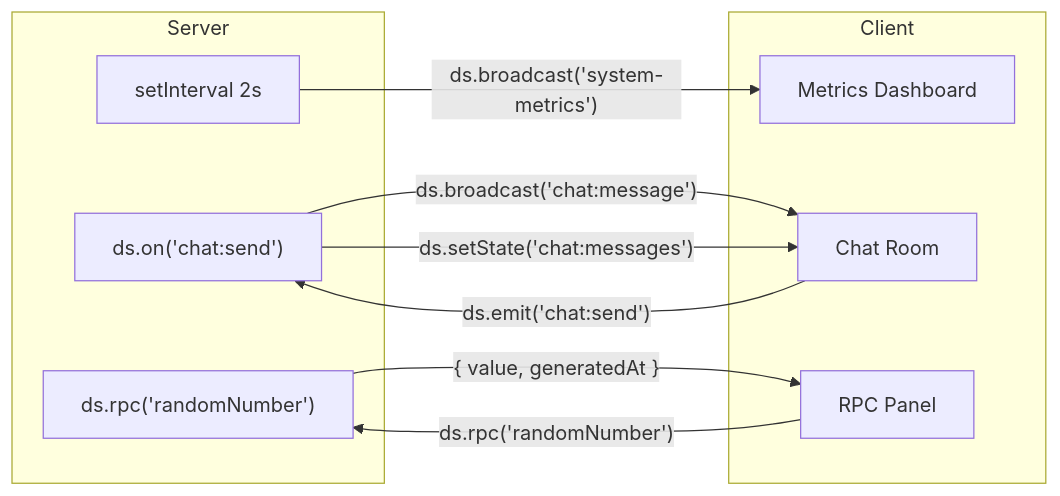
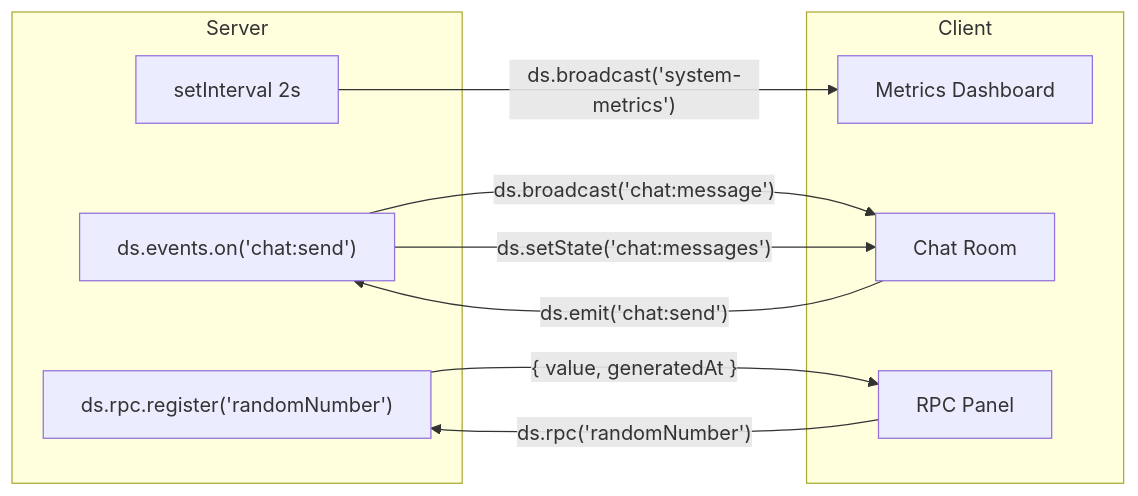
One commit to mayanklahiri/datasole changed the first of 4 diagrams in docs/demos.md. Above: the diagram before and after it, drawn with Mermaid. The commit also changed other lines of this file and 124 other files, not shown here.

````diff
--- a/docs/demos.md
+++ b/docs/demos.md
@@ -25,19 +25,19 @@
 ```mermaid
 flowchart LR
   subgraph server [Server]
     metrics["setInterval 2s"]
-    chatHandler["ds.on('chat:send')"]
-    rpcHandler["ds.rpc('randomNumber')"]
+    chatHandler["ds.events.on('chat:send')"]
+    rpcHandler["ds.rpc.register('randomNumber')"]
   end
   subgraph client [Client]
     metricsDash[Metrics Dashboard]
     chatRoom[Chat Room]
     rpcDemo[RPC Panel]
   end
   metrics -->|"ds.broadcast('system-metrics')"| metricsDash
   chatRoom -->|"ds.emit('chat:send')"| chatHandler
   chatHandler -->|"ds.broadcast('chat:message')"| chatRoom
   chatHandler -->|"ds.setState('chat:messages')"| chatRoom
   rpcDemo -->|"ds.rpc('randomNumber')"| rpcHandler
   rpcHandler -->|"{ value, generatedAt }"| rpcDemo
 ```
````
